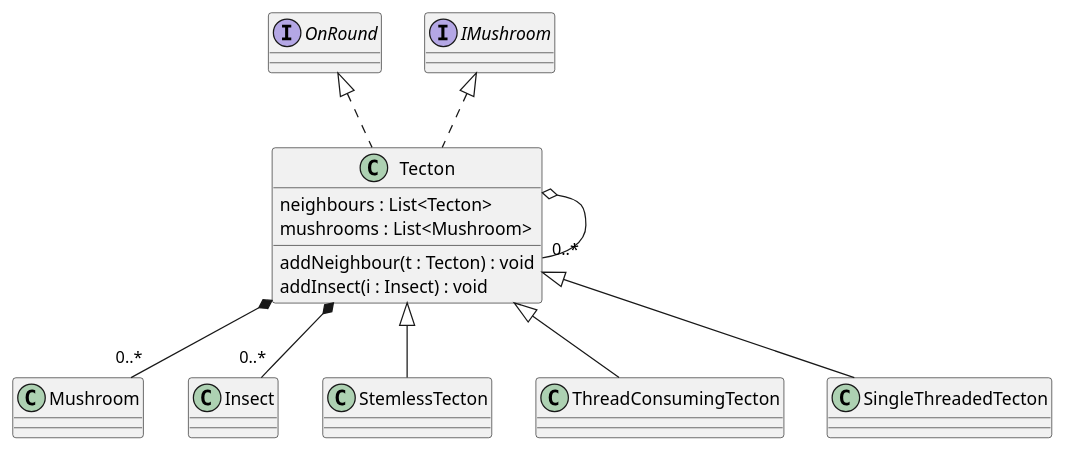
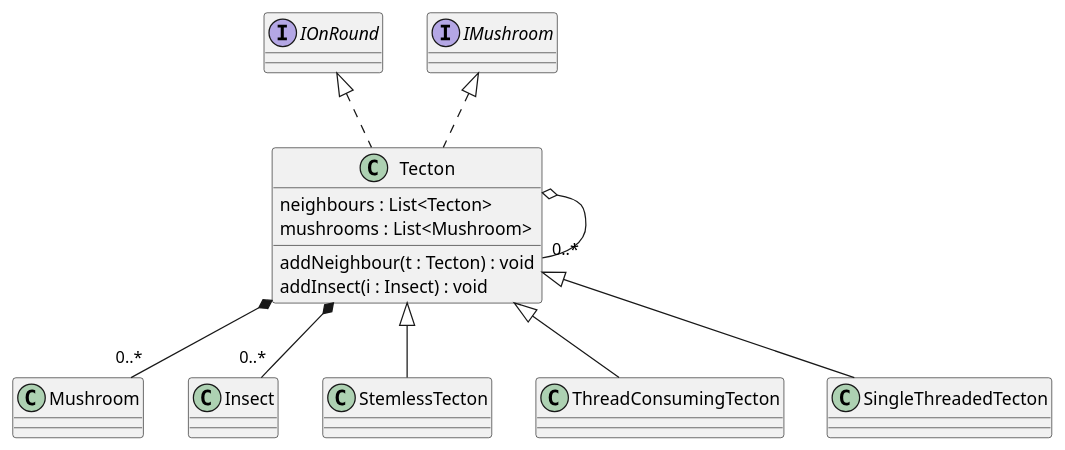
The diagram in 4/classes/map/tecton.puml (Petya-G/fungorium), drawn with PlantUML before and after one commit. The commit also changed 8 other files, not shown here.

```diff
--- a/4/classes/map/tecton.puml
+++ b/4/classes/map/tecton.puml
@@ -1,16 +1,16 @@
 @startuml tecton
 
 Tecton *-- "0..*" Mushroom
 Tecton *-- "0..*" Insect
 Tecton o-- "0..*" Tecton
-class Tecton implements OnRound, IMushroom{
+class Tecton implements IOnRound, IMushroom{
     neighbours : List<Tecton>
     mushrooms : List<Mushroom>
     addNeighbour(t : Tecton) : void
     addInsect(i : Insect) : void
 }
 
 class StemlessTecton extends Tecton {}
 class ThreadConsumingTecton extends Tecton {}
 class SingleThreadedTecton extends Tecton {}
 @enduml
```
